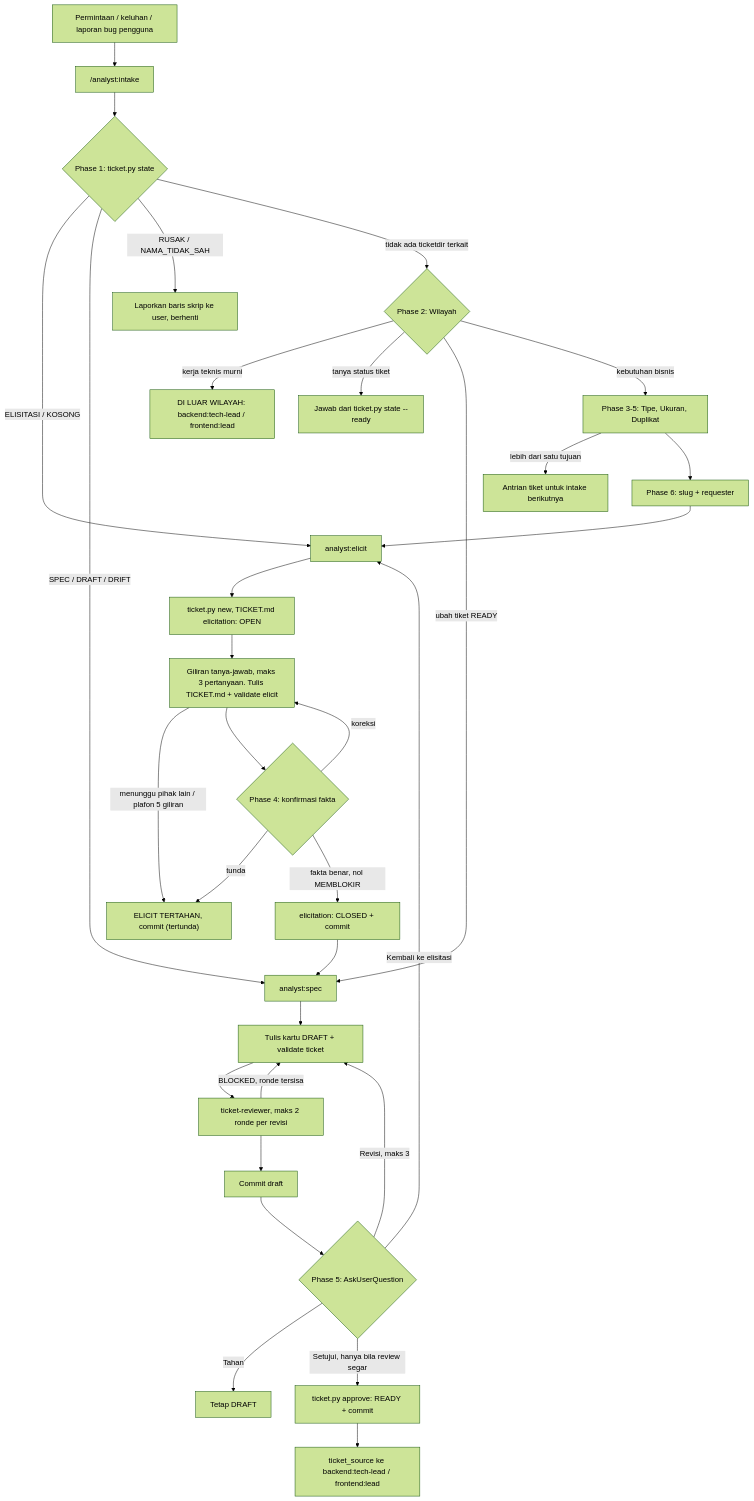
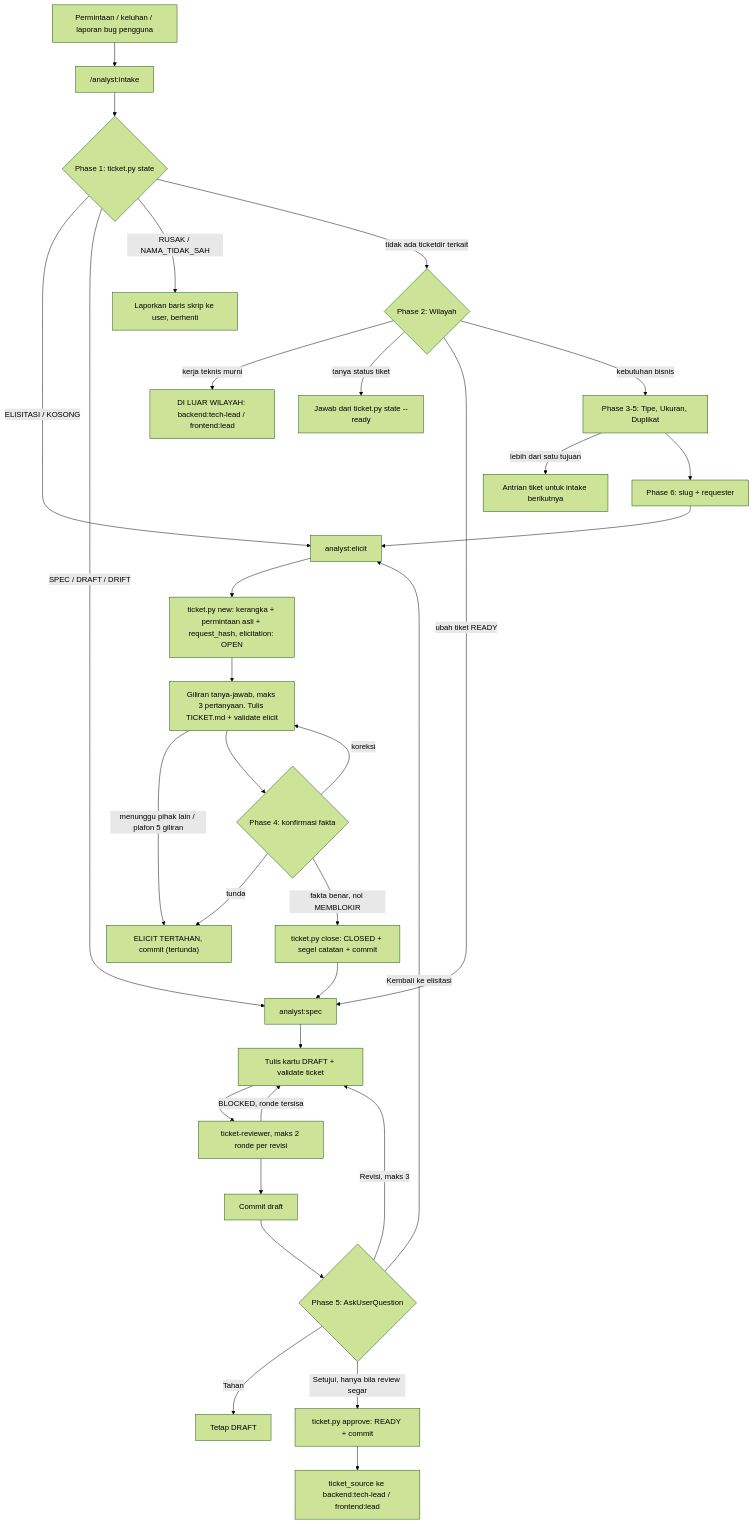
The first of 4 diagrams in flow/analyst.md (nataflow/agentic-workflow), drawn with Mermaid (forest theme) before and after one commit. The commit also changed other lines of this file and 10 other files, not shown here.

First line of the commit message:
docs(analyst): selaraskan SKILL, template, reviewer, README, dan flow dengan close, segel, dan new (10 G10)

````diff
--- a/flow/analyst.md
+++ b/flow/analyst.md
@@ -27,34 +27,34 @@
 ```mermaid
 flowchart TD
     REQ["Permintaan / keluhan / laporan bug pengguna"] --> INTAKE["/analyst:intake"]
     INTAKE --> STATE{"Phase 1: ticket.py state"}
     STATE -->|"ELISITASI / KOSONG"| ELICIT["analyst:elicit"]
     STATE -->|"SPEC / DRAFT / DRIFT"| SPEC["analyst:spec"]
     STATE -->|"RUSAK / NAMA_TIDAK_SAH"| BROKEN["Laporkan baris skrip ke user, berhenti"]
     STATE -->|"tidak ada ticketdir terkait"| AREA{"Phase 2: Wilayah"}
     AREA -->|"kerja teknis murni"| ENGOUT["DI LUAR WILAYAH: backend:tech-lead / frontend:lead"]
     AREA -->|"tanya status tiket"| STATUS["Jawab dari ticket.py state --ready"]
     AREA -->|"ubah tiket READY"| SPEC
     AREA -->|"kebutuhan bisnis"| CLASSIFY["Phase 3-5: Tipe, Ukuran, Duplikat"]
     CLASSIFY -->|"lebih dari satu tujuan"| QUEUE["Antrian tiket untuk intake berikutnya"]
     CLASSIFY --> SLUG["Phase 6: slug + requester"]
     SLUG --> ELICIT
-    ELICIT --> NEW["ticket.py new, TICKET.md elicitation: OPEN"]
+    ELICIT --> NEW["ticket.py new: kerangka + permintaan asli + request_hash, elicitation: OPEN"]
     NEW --> TURN["Giliran tanya-jawab, maks 3 pertanyaan. Tulis TICKET.md + validate elicit"]
     TURN -->|"menunggu pihak lain / plafon 5 giliran"| HOLD1["ELICIT TERTAHAN, commit (tertunda)"]
     TURN --> CONFIRM{"Phase 4: konfirmasi fakta"}
     CONFIRM -->|"koreksi"| TURN
     CONFIRM -->|"tunda"| HOLD1
-    CONFIRM -->|"fakta benar, nol MEMBLOKIR"| CLOSED["elicitation: CLOSED + commit"]
+    CONFIRM -->|"fakta benar, nol MEMBLOKIR"| CLOSED["ticket.py close: CLOSED + segel catatan + commit"]
     CLOSED --> SPEC
     SPEC --> DRAFT["Tulis kartu DRAFT + validate ticket"]
     DRAFT --> REVIEW["ticket-reviewer, maks 2 ronde per revisi"]
     REVIEW -->|"BLOCKED, ronde tersisa"| DRAFT
     REVIEW --> COMMITD["Commit draft"]
     COMMITD --> ASK{"Phase 5: AskUserQuestion"}
     ASK -->|"Revisi, maks 3"| DRAFT
     ASK -->|"Kembali ke elisitasi"| ELICIT
     ASK -->|"Tahan"| HOLD2["Tetap DRAFT"]
     ASK -->|"Setujui, hanya bila review segar"| APPROVE["ticket.py approve: READY + commit"]
     APPROVE --> HANDOFF["ticket_source ke backend:tech-lead / frontend:lead"]
 ```
````
